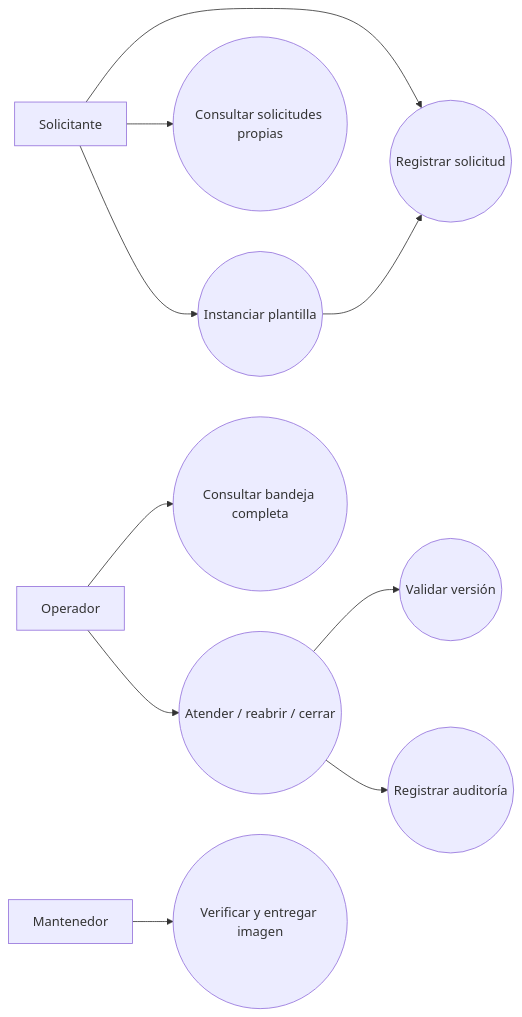
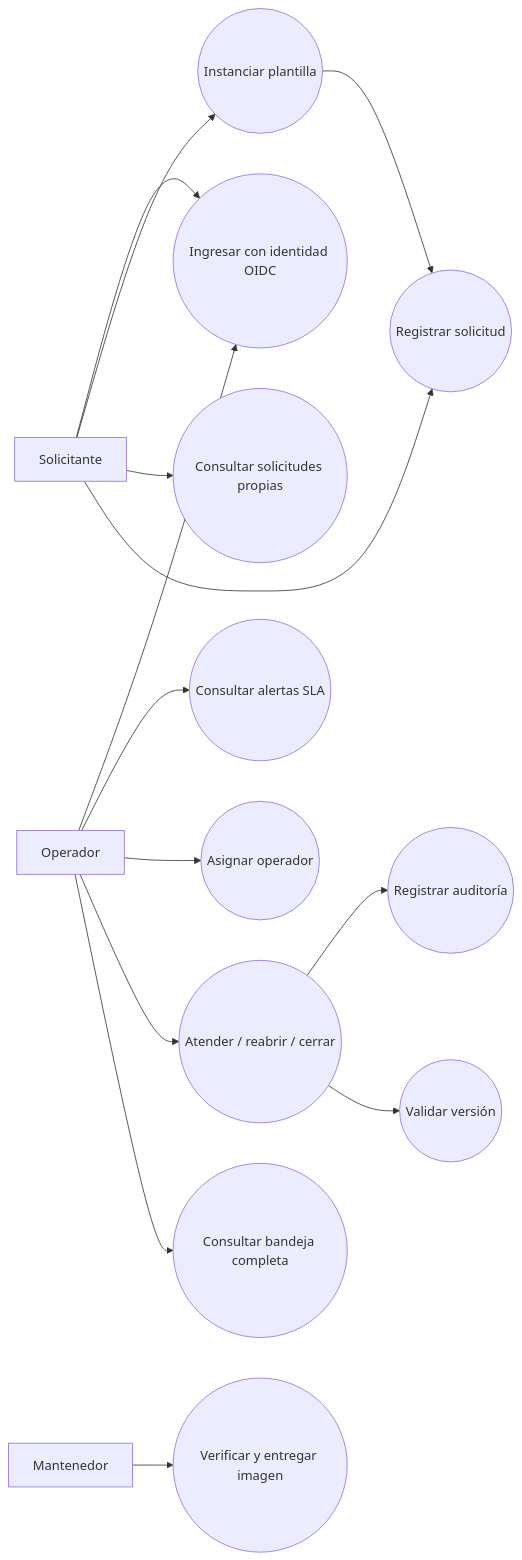
One commit to jorgefprietol/service-request-platform changed the diagram in docs/requirements.md. Above: the diagram before and after it, drawn with Mermaid. The commit also changed other lines of this file and 5 other files, not shown here.

Commit message:
docs: publish architecture and verified delivery evidence [skip ci]

````diff
--- a/docs/requirements.md
+++ b/docs/requirements.md
@@ -75,12 +81,16 @@
 ```mermaid
 flowchart LR
     S[Solicitante] --> C((Registrar solicitud))
     S --> Q((Consultar solicitudes propias))
     S --> T((Instanciar plantilla))
     T --> C
     O[Operador] --> Q2((Consultar bandeja completa))
     O --> A((Atender / reabrir / cerrar))
+    O --> AS((Asignar operador))
+    O --> SL((Consultar alertas SLA))
+    S --> I((Ingresar con identidad OIDC))
+    O --> I
     A --> V((Validar versión))
     A --> H((Registrar auditoría))
     M[Mantenedor] --> D((Verificar y entregar imagen))
 ```
````
